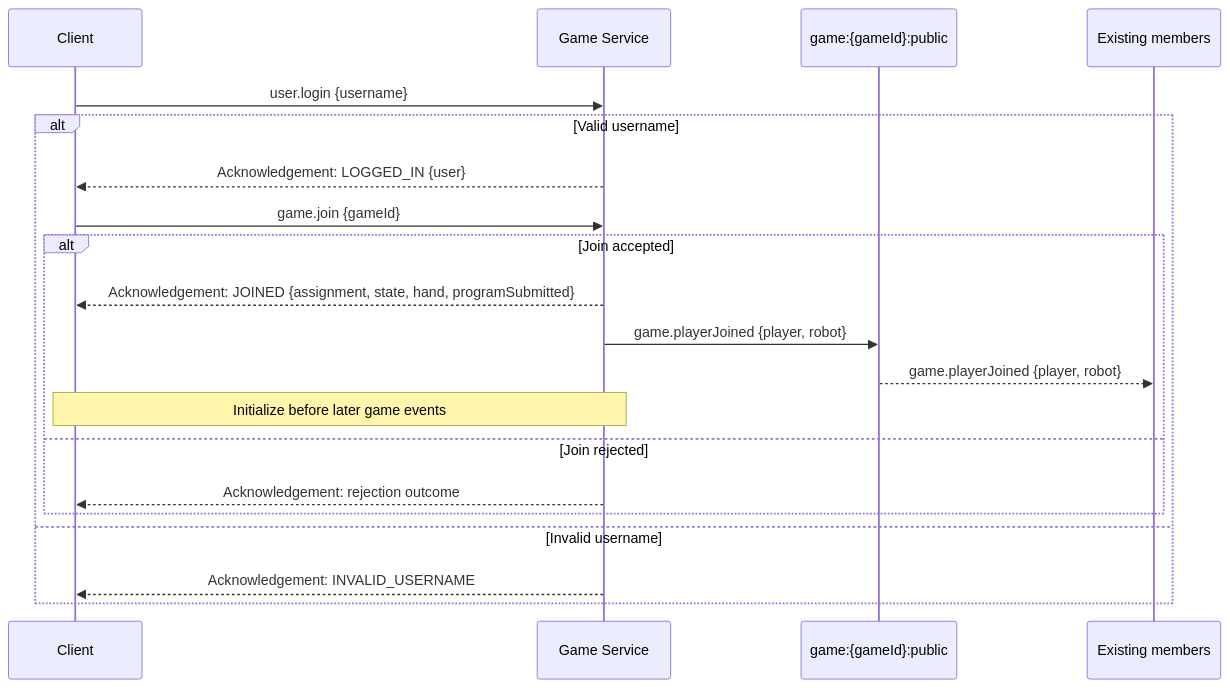
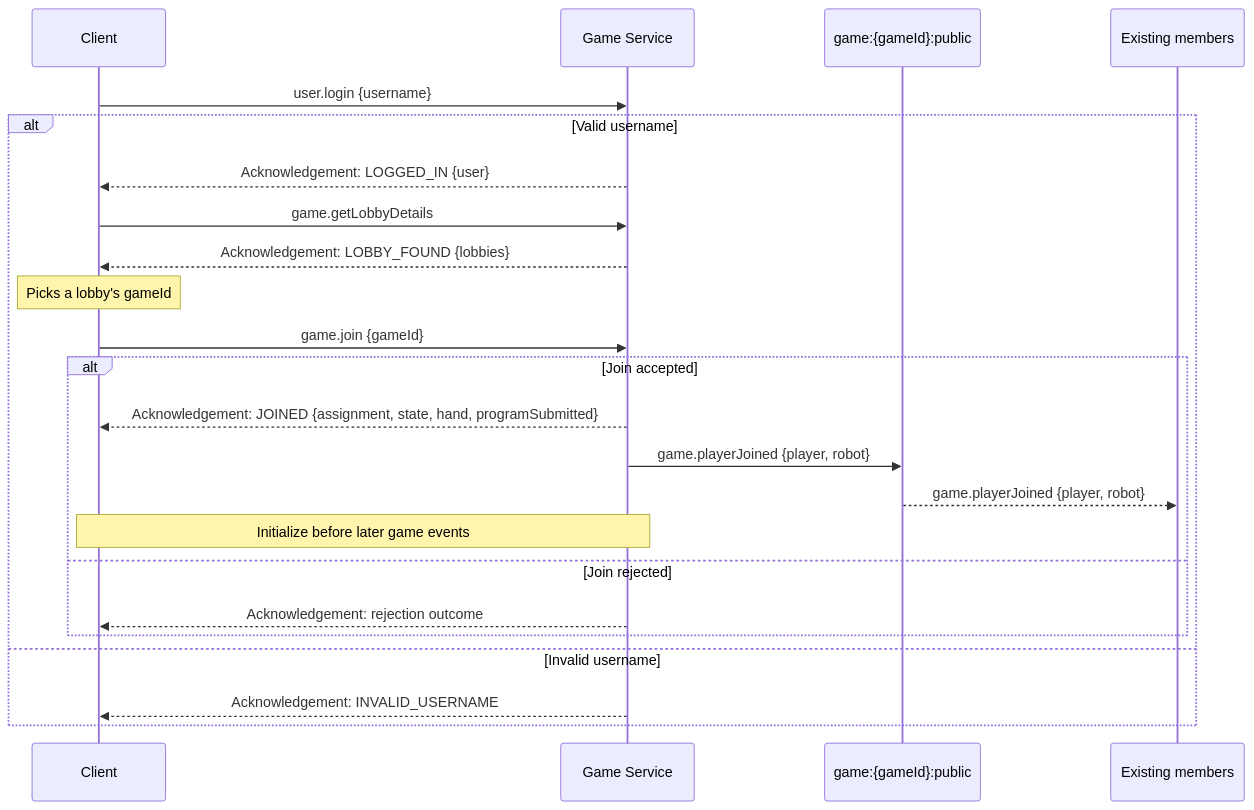
One commit to hananinas/RoboRally changed the first of 4 diagrams in docs/Communication.md. Above: the diagram before and after it, drawn with Mermaid. The commit also changed other lines of this file, not shown here.

Commit message:
docs: add listing lobbies to the login and join flow

````diff
--- a/docs/Communication.md
+++ b/docs/Communication.md
@@ -51,23 +63,26 @@
 ```mermaid
 sequenceDiagram
     participant Client
     participant Server as Game Service
     participant Public as game:{gameId}:public
     participant Others as Existing members
 
     Client->>Server: user.login {username}
     alt Valid username
         Server-->>Client: Acknowledgement: LOGGED_IN {user}
+        Client->>Server : game.getLobbyDetails
+        Server-->>Client: Acknowledgement: LOBBY_FOUND {lobbies}
+        Note over Client: Picks a lobby's gameId
         Client->>Server: game.join {gameId}
         alt Join accepted
             Server-->>Client: Acknowledgement: JOINED {assignment, state, hand, programSubmitted}
             Server->>Public: game.playerJoined {player, robot}
             Public-->>Others: game.playerJoined {player, robot}
             Note over Client,Server: Initialize before later game events
         else Join rejected
             Server-->>Client: Acknowledgement: rejection outcome
         end
     else Invalid username
         Server-->>Client: Acknowledgement: INVALID_USERNAME
     end
 ```
````
